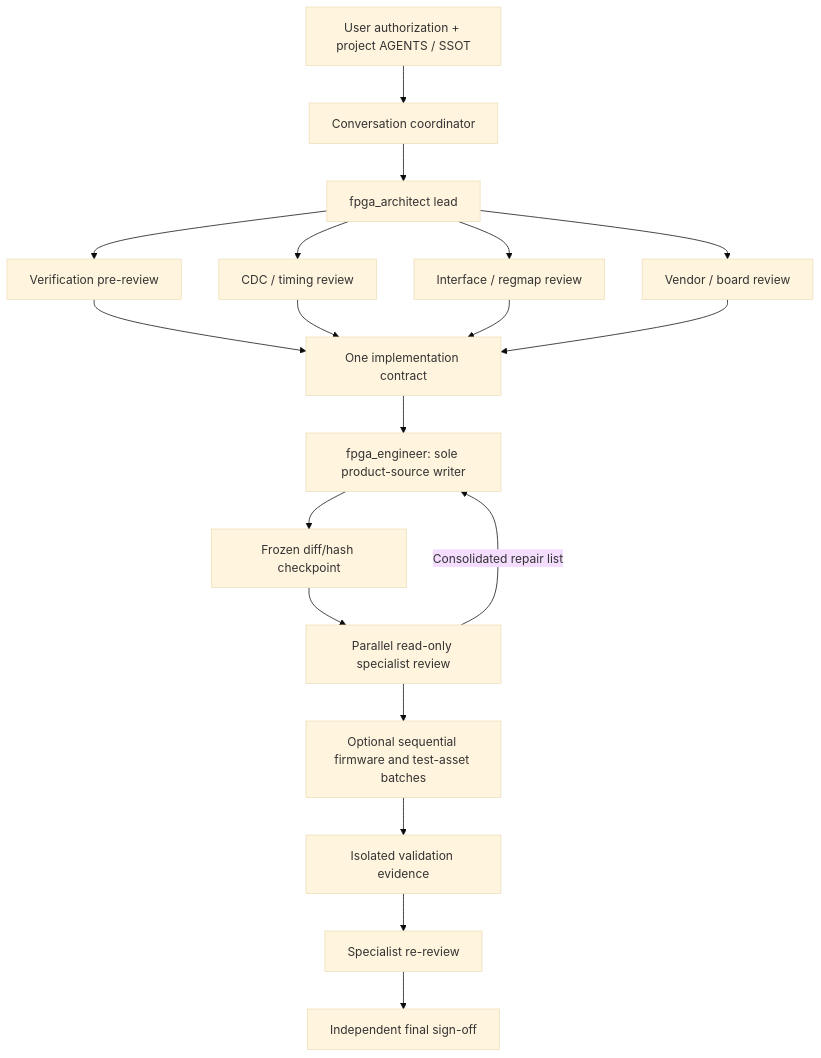
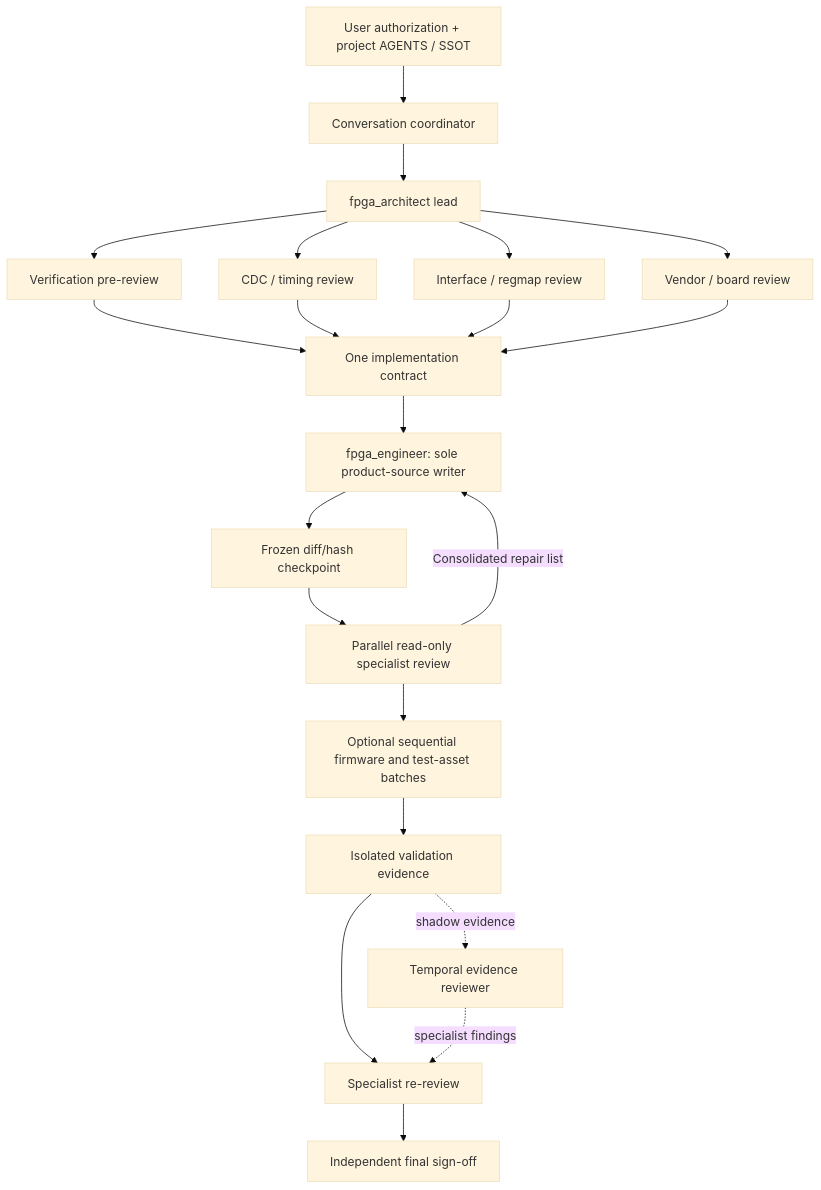
One commit to dukemfalme98/codex-fpga-engineering-workflow changed the diagram in README.md. Above: the diagram before and after it, drawn with Mermaid (base theme). The commit also changed other lines of this file and 62 other files, not shown here.

Commit message:
Add temporal evidence and formal FPGA project workflow

````diff
--- a/README.md
+++ b/README.md
@@ -62,21 +65,23 @@
 ```mermaid
 flowchart TD
     A[User authorization + project AGENTS / SSOT] --> B[Conversation coordinator]
     B --> C[fpga_architect lead]
     C --> D1[Verification pre-review]
     C --> D2[CDC / timing review]
     C --> D3[Interface / regmap review]
     C --> D4[Vendor / board review]
     D1 --> E[One implementation contract]
     D2 --> E
     D3 --> E
     D4 --> E
     E --> F[fpga_engineer: sole product-source writer]
     F --> G[Frozen diff/hash checkpoint]
     G --> H[Parallel read-only specialist review]
     H -->|Consolidated repair list| F
     H --> I[Optional sequential firmware and test-asset batches]
     I --> J[Isolated validation evidence]
     J --> K[Specialist re-review]
     K --> L[Independent final sign-off]
+    J -. shadow evidence .-> T[Temporal evidence reviewer]
+    T -. specialist findings .-> K
 ```
````
